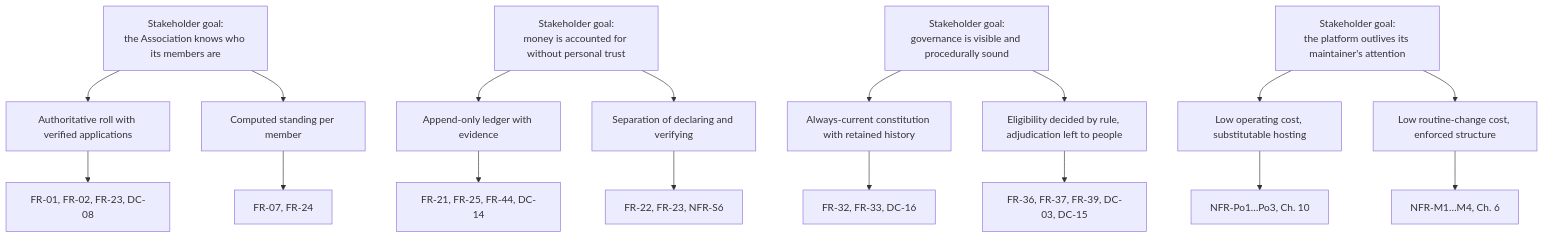
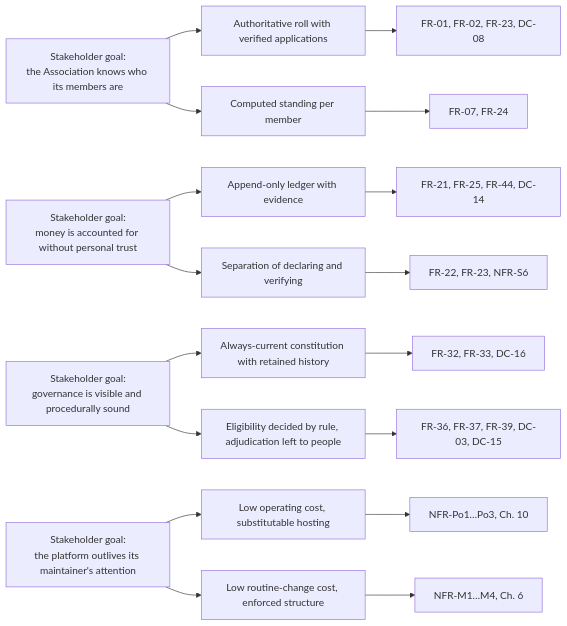
One commit to shalin-rahman/GHCAA changed diagram 12 of 12 in docs/book/03-requirements.md. Above: the diagram before and after it, drawn with Mermaid. The commit also changed other lines of this file and 22 other files, not shown here.

First line of the commit message:
docs(book): align with the implementation, fit every figure to A4, print a real PDF

````diff
--- a/docs/book/03-requirements.md
+++ b/docs/book/03-requirements.md
@@ -1015,25 +1005,25 @@
 ```mermaid
-flowchart TB
+flowchart LR
     G1["Stakeholder goal:<br/>the Association knows who its members are"]
     G2["Stakeholder goal:<br/>money is accounted for without personal trust"]
     G3["Stakeholder goal:<br/>governance is visible and procedurally sound"]
     G4["Stakeholder goal:<br/>the platform outlives its maintainer's attention"]
 
     G1 --> S1[Authoritative roll with verified applications]
     G1 --> S2[Computed standing per member]
     G2 --> S3[Append-only ledger with evidence]
     G2 --> S4[Separation of declaring and verifying]
     G3 --> S5[Always-current constitution with retained history]
     G3 --> S6[Eligibility decided by rule, adjudication left to people]
     G4 --> S7[Low operating cost, substitutable hosting]
     G4 --> S8[Low routine-change cost, enforced structure]
 
     S1 --> FR01[FR-01, FR-02, FR-23, DC-08]
     S2 --> FR24[FR-07, FR-24]
     S3 --> FR21[FR-21, FR-25, FR-44, DC-14]
     S4 --> FR22[FR-22, FR-23, NFR-S6]
     S5 --> FR32[FR-32, FR-33, DC-16]
     S6 --> FR36[FR-36, FR-37, FR-39, DC-03, DC-15]
     S7 --> NPo[NFR-Po1…Po3, Ch. 10]
     S8 --> NM[NFR-M1…M4, Ch. 6]
 ```
````
